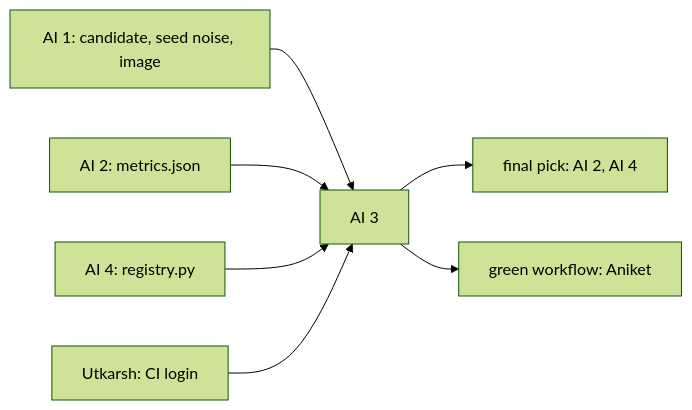
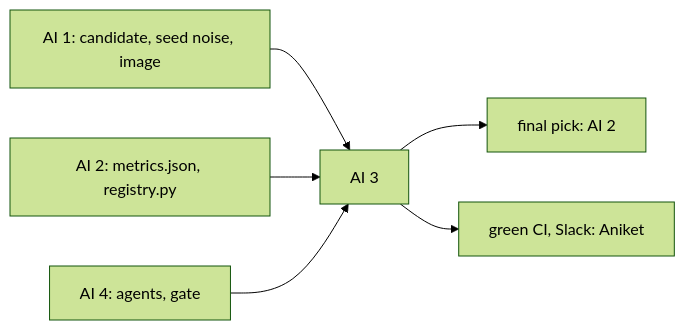
One commit to Itsme-aniketghosh/Meridian changed the diagram in Model-Pipeline/packets/ai3-bias/README.md. Above: the diagram before and after it, drawn with Mermaid (forest theme). The commit also changed other lines of this file and 8 other files, not shown here.

````diff
--- a/Model-Pipeline/packets/ai3-bias/README.md
+++ b/Model-Pipeline/packets/ai3-bias/README.md
@@ -13,9 +12,8 @@
 ```mermaid
 flowchart LR
   ai1["AI 1: candidate, seed noise, image"] --> me["AI 3"]
-  ai2["AI 2: metrics.json"] --> me
-  ai4["AI 4: registry.py"] --> me
-  ut["Utkarsh: CI login"] --> me
-  me --> pick["final pick: AI 2, AI 4"]
-  me --> wf["green workflow: Aniket"]
+  ai2["AI 2: metrics.json, registry.py"] --> me
+  ai4["AI 4: agents, gate"] --> me
+  me --> pick["final pick: AI 2"]
+  me --> ci["green CI, Slack: Aniket"]
 ```
````
